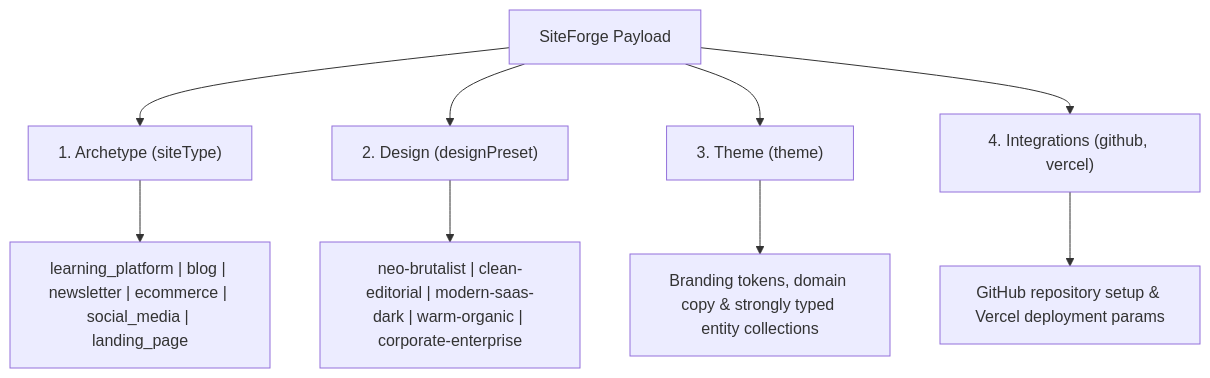
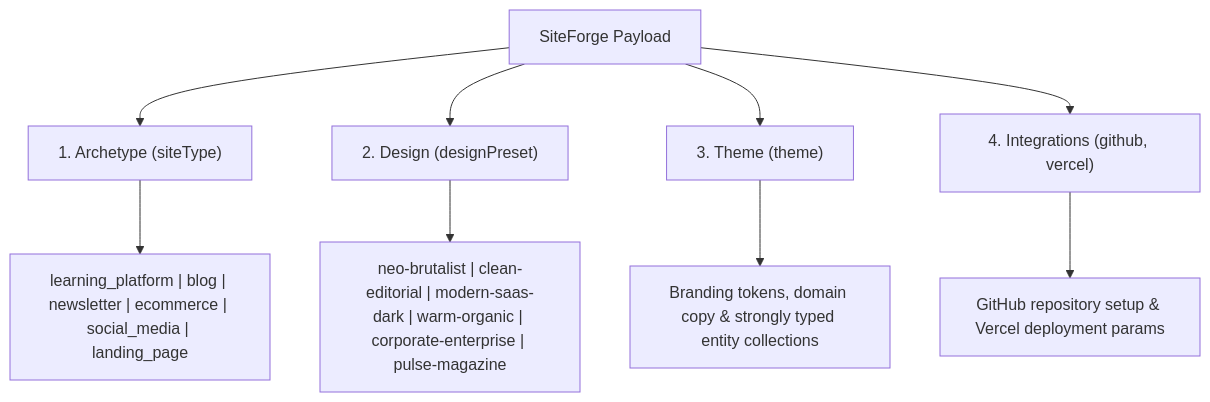
One commit to josecarlospm/siteforge changed the diagram in payload-schema/README.md. Above: the diagram before and after it, drawn with Mermaid. The commit also changed other lines of this file and 18 other files, not shown here.

First line of the commit message:
feat(design): add pulse-magazine preset and magazine layout contract

````diff
--- a/payload-schema/README.md
+++ b/payload-schema/README.md
@@ -13,12 +13,12 @@
 ```mermaid title="SiteForge Ingestion Contract"
 flowchart TD
     P["SiteForge Payload"] --> C1["1. Archetype (siteType)"]
     P --> C2["2. Design (designPreset)"]
     P --> C3["3. Theme (theme)"]
     P --> C4["4. Integrations (github, vercel)"]
 
     C1 --> S1["learning_platform | blog | newsletter | ecommerce | social_media | landing_page"]
-    C2 --> S2["neo-brutalist | clean-editorial | modern-saas-dark | warm-organic | corporate-enterprise"]
+    C2 --> S2["neo-brutalist | clean-editorial | modern-saas-dark | warm-organic | corporate-enterprise | pulse-magazine"]
     C3 --> S3["Branding tokens, domain copy & strongly typed entity collections"]
     C4 --> S4["GitHub repository setup & Vercel deployment params"]
 ```
````
